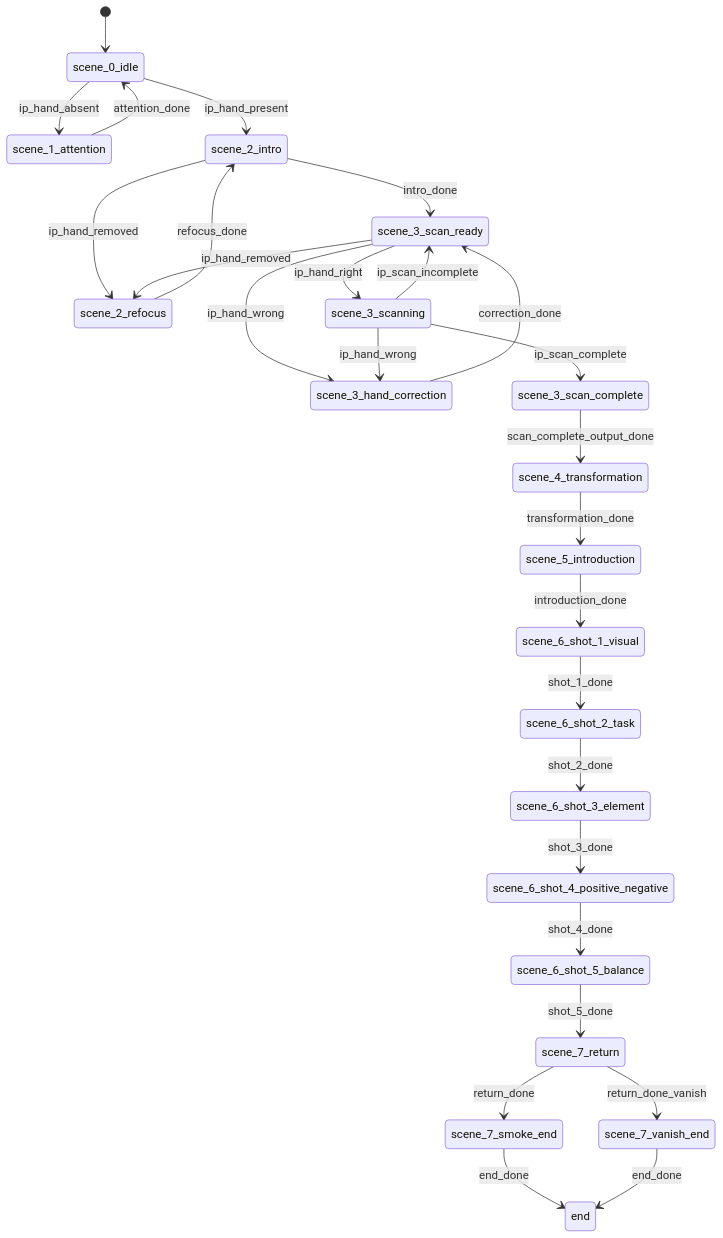
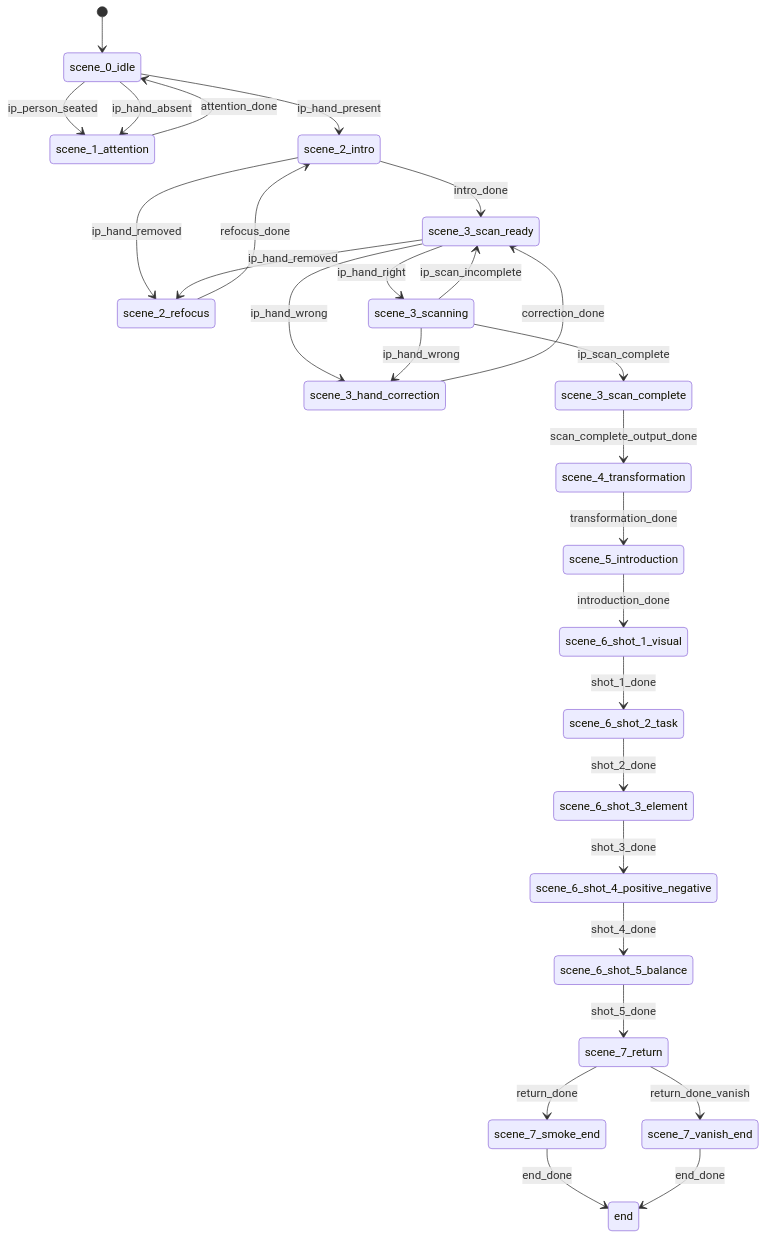
Before and after one commit to hs-duesseldorf/TheWitch: the diagram in ArtificialIntelligence/state_machine/StateMachine.md, drawn with Mermaid. The commit also changed 7 other files, not shown here.

````diff
--- a/ArtificialIntelligence/state_machine/StateMachine.md
+++ b/ArtificialIntelligence/state_machine/StateMachine.md
@@ -1,30 +1,31 @@
 ```mermaid
 stateDiagram-v2
 direction TB
     [*] --> scene_0_idle
+    scene_0_idle --> scene_1_attention: ip_person_seated
     scene_0_idle --> scene_1_attention: ip_hand_absent
     scene_1_attention --> scene_0_idle: attention_done
     scene_0_idle --> scene_2_intro: ip_hand_present
     scene_2_intro --> scene_3_scan_ready: intro_done
     scene_2_intro --> scene_2_refocus: ip_hand_removed
     scene_2_refocus --> scene_2_intro: refocus_done
     scene_3_scan_ready --> scene_2_refocus: ip_hand_removed
     scene_3_scan_ready --> scene_3_hand_correction: ip_hand_wrong
     scene_3_hand_correction --> scene_3_scan_ready: correction_done
     scene_3_scan_ready --> scene_3_scanning: ip_hand_right
     scene_3_scanning --> scene_3_hand_correction: ip_hand_wrong
     scene_3_scanning --> scene_3_scan_ready: ip_scan_incomplete
     scene_3_scanning --> scene_3_scan_complete: ip_scan_complete
     scene_3_scan_complete --> scene_4_transformation: scan_complete_output_done
     scene_4_transformation --> scene_5_introduction: transformation_done
     scene_5_introduction --> scene_6_shot_1_visual: introduction_done
     scene_6_shot_1_visual --> scene_6_shot_2_task: shot_1_done
     scene_6_shot_2_task --> scene_6_shot_3_element: shot_2_done
     scene_6_shot_3_element --> scene_6_shot_4_positive_negative: shot_3_done
     scene_6_shot_4_positive_negative --> scene_6_shot_5_balance: shot_4_done
     scene_6_shot_5_balance --> scene_7_return: shot_5_done
     scene_7_return --> scene_7_smoke_end: return_done
     scene_7_return --> scene_7_vanish_end: return_done_vanish
     scene_7_smoke_end --> end: end_done
     scene_7_vanish_end --> end: end_done
 ```
````
